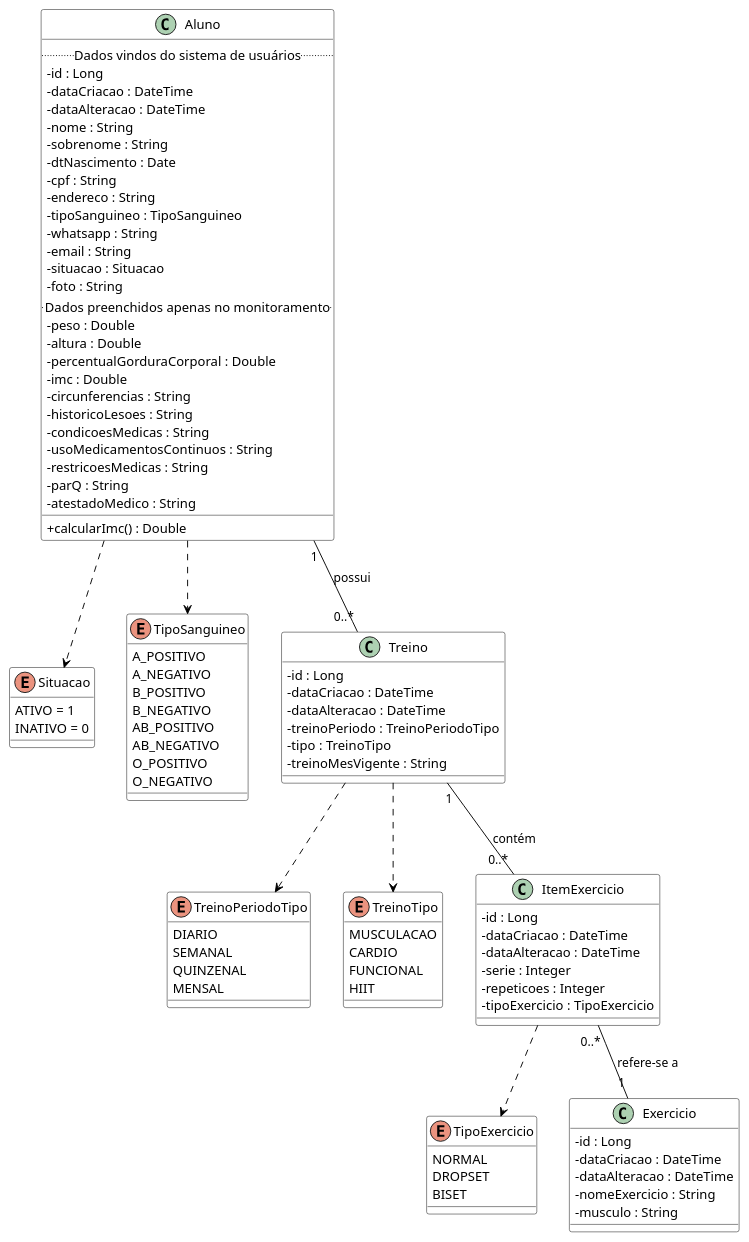
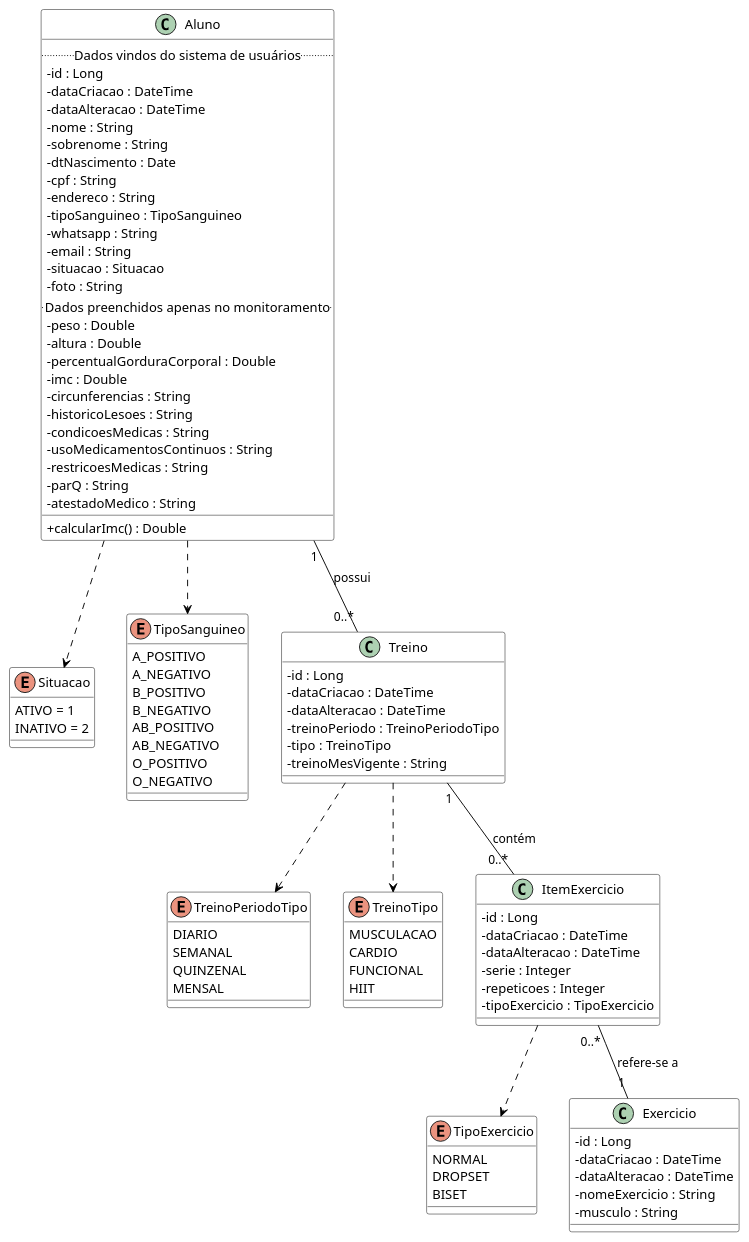
The diagram in docs/diagram-class-sistema-monitoramento-domain.plantuml (jeoliveira045/sistema-monitoramento-academia), drawn with PlantUML before and after one commit. The commit also changed 24 other files, not shown here.

```diff
--- a/docs/diagram-class-sistema-monitoramento-domain.plantuml
+++ b/docs/diagram-class-sistema-monitoramento-domain.plantuml
@@ -1,117 +1,117 @@
 @startuml SistemaMonitoramentoAlunos
 
 skinparam classAttributeIconSize 0
 skinparam class {
     BackgroundColor White
     ArrowColor Black
     BorderColor Black
 }
 
 enum Situacao {
     ATIVO = 1
-    INATIVO = 0
+    INATIVO = 2
 }
 
 enum TipoSanguineo {
     A_POSITIVO
     A_NEGATIVO
     B_POSITIVO
     B_NEGATIVO
     AB_POSITIVO
     AB_NEGATIVO
     O_POSITIVO
     O_NEGATIVO
 }
 
 enum TipoExercicio {
     NORMAL
     DROPSET
     BISET
 }
 
 enum TreinoPeriodoTipo {
     DIARIO
     SEMANAL
     QUINZENAL
     MENSAL
 }
 
 enum TreinoTipo {
     MUSCULACAO
     CARDIO
     FUNCIONAL
     HIIT
 }
 
 class Aluno {
     .. Dados vindos do sistema de usuários ..
     - id : Long
     - dataCriacao : DateTime
     - dataAlteracao : DateTime
     - nome : String
     - sobrenome : String
     - dtNascimento : Date
     - cpf : String
     - endereco : String
     - tipoSanguineo : TipoSanguineo
     - whatsapp : String
     - email : String
     - situacao : Situacao
     - foto : String
     .. Dados preenchidos apenas no monitoramento ..
     - peso : Double
     - altura : Double
     - percentualGorduraCorporal : Double
     - imc : Double
     - circunferencias : String
     - historicoLesoes : String
     - condicoesMedicas : String
     - usoMedicamentosContinuos : String
     - restricoesMedicas : String
     - parQ : String
     - atestadoMedico : String
     __
     + calcularImc() : Double
 }
 
 class Exercicio {
     - id : Long
     - dataCriacao : DateTime
     - dataAlteracao : DateTime
     - nomeExercicio : String
     - musculo : String
 }
 
 class ItemExercicio {
     - id : Long
     - dataCriacao : DateTime
     - dataAlteracao : DateTime
     - serie : Integer
     - repeticoes : Integer
     - tipoExercicio : TipoExercicio
 }
 
 class Treino {
     - id : Long
     - dataCriacao : DateTime
     - dataAlteracao : DateTime
     - treinoPeriodo : TreinoPeriodoTipo
     - tipo : TreinoTipo
     - treinoMesVigente : String
 }
 
 ' ---- Relacionamentos ----
 
 Aluno "1" -- "0..*" Treino : possui
 
 Treino "1" -- "0..*" ItemExercicio : contém
 
 ItemExercicio "0..*" -- "1" Exercicio : refere-se a
 
 Aluno ..> Situacao
 Aluno ..> TipoSanguineo
 ItemExercicio ..> TipoExercicio
 Treino ..> TreinoPeriodoTipo
 Treino ..> TreinoTipo
 
 @enduml
```
